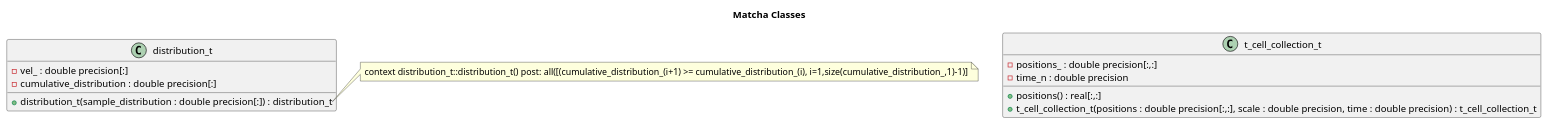
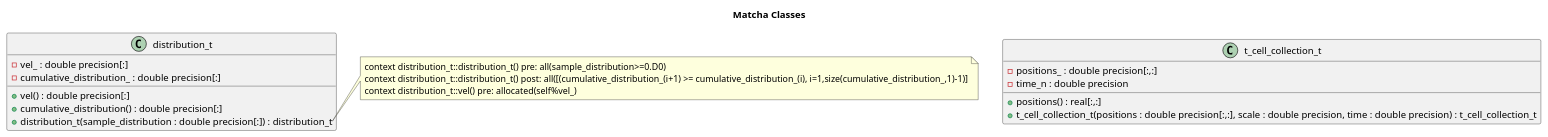
One commit to BerkeleyLab/matcha changed the diagram in doc/class-diagram.puml. Above: the diagram before and after it, drawn with PlantUML.

Commit message:
document(distribution_diagram): add getters & constraints

```diff
--- a/doc/class-diagram.puml
+++ b/doc/class-diagram.puml
@@ -1,21 +1,25 @@
 @startuml
 
 Title "Matcha Classes"
 
 class t_cell_collection_t{
   - positions_ : double precision[:,:]
   - time_n : double precision
   + positions() : real[:,:]
   + t_cell_collection_t(positions : double precision[:,:], scale : double precision, time : double precision) : t_cell_collection_t
 }
 
 class distribution_t{
   - vel_ : double precision[:]
-  - cumulative_distribution : double precision[:]
+  - cumulative_distribution_ : double precision[:]
+  + vel() : double precision[:]
+  + cumulative_distribution() : double precision[:]
   + distribution_t(sample_distribution : double precision[:]) : distribution_t
 }
 note right of distribution_t::distribution_t
+  context distribution_t::distribution_t() pre: all(sample_distribution>=0.D0)
   context distribution_t::distribution_t() post: all([(cumulative_distribution_(i+1) >= cumulative_distribution_(i), i=1,size(cumulative_distribution_,1)-1)]
+  context distribution_t::vel() pre: allocated(self%vel_)
 end note
 
 @enduml
```
